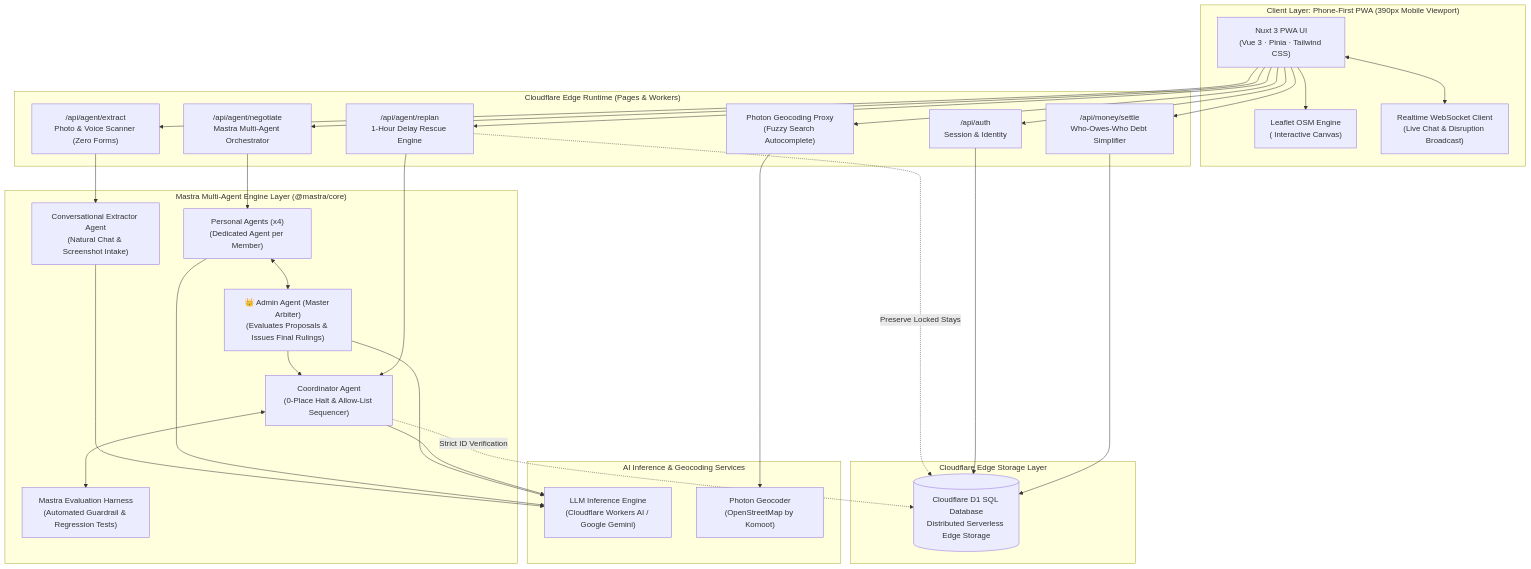
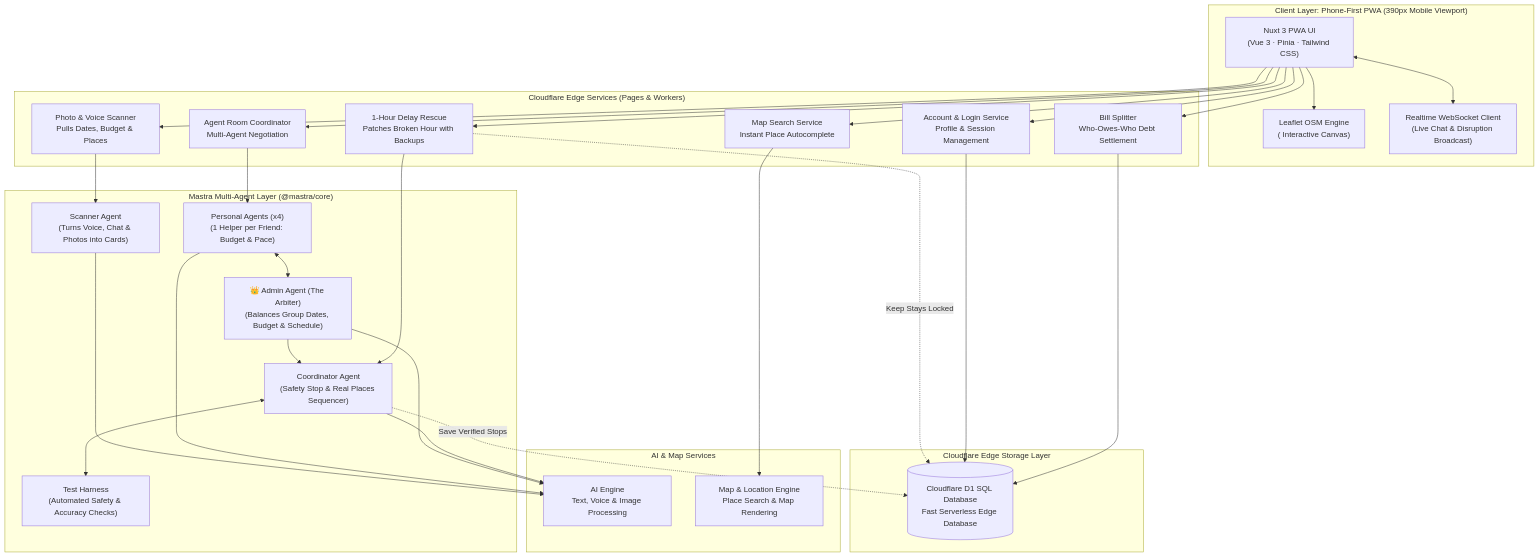
One commit to nlzce/We-are-the-champions_Plan-B changed diagram 21 of 21 in README.md. Above: the diagram before and after it, drawn with Mermaid.

Commit message:
docs: simplify system architecture diagram with functional services

````diff
--- a/README.md
+++ b/README.md
@@ -778,61 +778,61 @@
 ```mermaid
 flowchart TD
   subgraph CLIENT["Client Layer: Phone-First PWA (390px Mobile Viewport)"]
     UI["Nuxt 3 PWA UI<br/>(Vue 3 · Pinia · Tailwind CSS)"]
     MapClient["Leaflet OSM Engine<br/>(<ClientOnly> Interactive Canvas)"]
     RTClient["Realtime WebSocket Client<br/>(Live Chat & Disruption Broadcast)"]
   end
 
-  subgraph EDGE["Cloudflare Edge Runtime (Pages & Workers)"]
-    AuthRoute["/api/auth<br/>Session & Identity"]
-    ExtractRoute["/api/agent/extract<br/>Photo & Voice Scanner (Zero Forms)"]
-    AgentRoute["/api/agent/negotiate<br/>Mastra Multi-Agent Orchestrator"]
-    ReplanRoute["/api/agent/replan<br/>1-Hour Delay Rescue Engine"]
-    GeoRoute["Photon Geocoding Proxy<br/>(Fuzzy Search Autocomplete)"]
-    DebtRoute["/api/money/settle<br/>Who-Owes-Who Debt Simplifier"]
+  subgraph EDGE["Cloudflare Edge Services (Pages & Workers)"]
+    AuthService["Account & Login Service<br/>Profile & Session Management"]
+    IntakeService["Photo & Voice Scanner<br/>Pulls Dates, Budget & Places"]
+    AgentService["Agent Room Coordinator<br/>Multi-Agent Negotiation"]
+    ReplanService["1-Hour Delay Rescue<br/>Patches Broken Hour with Backups"]
+    SearchService["Map Search Service<br/>Instant Place Autocomplete"]
+    DebtService["Bill Splitter<br/>Who-Owes-Who Debt Settlement"]
   end
 
-  subgraph MASTRA["Mastra Multi-Agent Engine Layer (@mastra/core)"]
-    ExtractAgent["Conversational Extractor Agent<br/>(Natural Chat & Screenshot Intake)"]
-    PersonalAgents["Personal Agents (x4)<br/>(Dedicated Agent per Member)"]
-    AdminAgent["👑 Admin Agent (Master Arbiter)<br/>(Evaluates Proposals & Issues Final Rulings)"]
-    CoordAgent["Coordinator Agent<br/>(0-Place Halt & Allow-List Sequencer)"]
-    EvalHarness["Mastra Evaluation Harness<br/>(Automated Guardrail & Regression Tests)"]
+  subgraph MASTRA["Mastra Multi-Agent Layer (@mastra/core)"]
+    ExtractAgent["Scanner Agent<br/>(Turns Voice, Chat & Photos into Cards)"]
+    PersonalAgents["Personal Agents (x4)<br/>(1 Helper per Friend: Budget & Pace)"]
+    AdminAgent["👑 Admin Agent (The Arbiter)<br/>(Balances Group Dates, Budget & Schedule)"]
+    CoordAgent["Coordinator Agent<br/>(Safety Stop & Real Places Sequencer)"]
+    EvalHarness["Test Harness<br/>(Automated Safety & Accuracy Checks)"]
   end
 
   subgraph STORAGE["Cloudflare Edge Storage Layer"]
-    D1[(Cloudflare D1 SQL Database<br/>Distributed Serverless Edge Storage)]
+    D1[(Cloudflare D1 SQL Database<br/>Fast Serverless Edge Database)]
   end
 
-  subgraph EXTERNAL["AI Inference & Geocoding Services"]
-    LLM["LLM Inference Engine<br/>(Cloudflare Workers AI / Google Gemini)"]
-    PhotonAPI["Photon Geocoder<br/>(OpenStreetMap by Komoot)"]
+  subgraph EXTERNAL["AI & Map Services"]
+    LLM["AI Engine<br/>Text, Voice & Image Processing"]
+    MapEngine["Map & Location Engine<br/>Place Search & Map Rendering"]
   end
 
-  UI --> AuthRoute
-  UI --> ExtractRoute
-  UI --> AgentRoute
-  UI --> ReplanRoute
-  UI --> DebtRoute
-  UI --> GeoRoute
+  UI --> AuthService
+  UI --> IntakeService
+  UI --> AgentService
+  UI --> ReplanService
+  UI --> DebtService
+  UI --> SearchService
   UI --> MapClient
   UI <--> RTClient
 
-  ExtractRoute --> ExtractAgent
-  AgentRoute --> PersonalAgents
+  IntakeService --> ExtractAgent
+  AgentService --> PersonalAgents
   PersonalAgents <--> AdminAgent
   AdminAgent --> CoordAgent
-  ReplanRoute --> CoordAgent
+  ReplanService --> CoordAgent
   CoordAgent <--> EvalHarness
 
   ExtractAgent --> LLM
   PersonalAgents --> LLM
   AdminAgent --> LLM
   CoordAgent --> LLM
-  GeoRoute --> PhotonAPI
+  SearchService --> MapEngine
 
-  CoordAgent -.->|Strict ID Verification| D1
-  ReplanRoute -.->|Preserve Locked Stays| D1
-  AuthRoute --> D1
-  DebtRoute --> D1
+  CoordAgent -.->|Save Verified Stops| D1
+  ReplanService -.->|Keep Stays Locked| D1
+  AuthService --> D1
+  DebtService --> D1
 ```
````
